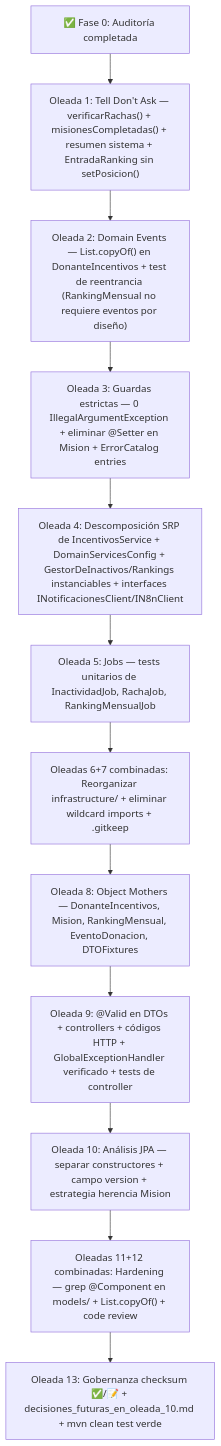
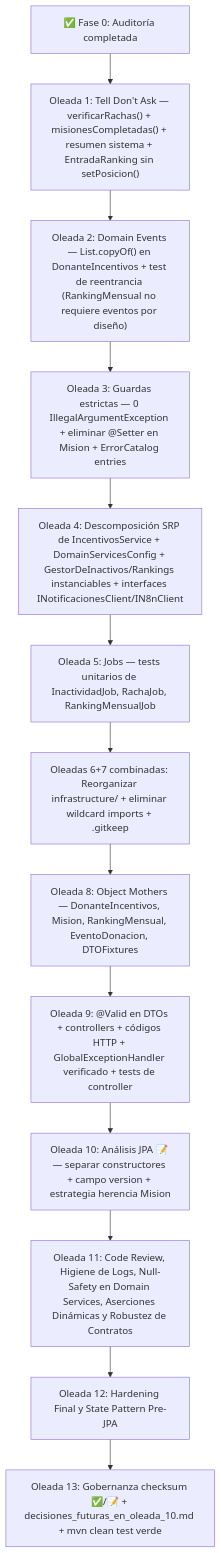
One commit to tsorren/DonaTrack-TP-DDS changed the diagram in docs/design/incentivos-service/plan-refactor-incentivos.md. Above: the diagram before and after it, drawn with Mermaid. The commit also changed other lines of this file and 6 other files, not shown here.

````diff
--- a/docs/design/incentivos-service/plan-refactor-incentivos.md
+++ b/docs/design/incentivos-service/plan-refactor-incentivos.md
@@ -206,27 +206,29 @@
 ```mermaid
 graph TD
     F0["✅ Fase 0: Auditoría completada"]
     O1["Oleada 1: Tell Don't Ask — verificarRachas() + misionesCompletadas() + resumen sistema + EntradaRanking sin setPosicion()"]
     O2["Oleada 2: Domain Events — List.copyOf() en DonanteIncentivos + test de reentrancia (RankingMensual no requiere eventos por diseño)"]
     O3["Oleada 3: Guardas estrictas — 0 IllegalArgumentException + eliminar @Setter en Mision + ErrorCatalog entries"]
     O4["Oleada 4: Descomposición SRP de IncentivosService + DomainServicesConfig + GestorDeInactivos/Rankings instanciables + interfaces INotificacionesClient/IN8nClient"]
     O5["Oleada 5: Jobs — tests unitarios de InactividadJob, RachaJob, RankingMensualJob"]
     O67["Oleadas 6+7 combinadas: Reorganizar infrastructure/ + eliminar wildcard imports + .gitkeep"]
     O8["Oleada 8: Object Mothers — DonanteIncentivos, Mision, RankingMensual, EventoDonacion, DTOFixtures"]
     O9["Oleada 9: @Valid en DTOs + controllers + códigos HTTP + GlobalExceptionHandler verificado + tests de controller"]
-    O10["Oleada 10: Análisis JPA — separar constructores + campo version + estrategia herencia Mision"]
-    O1112["Oleadas 11+12 combinadas: Hardening — grep @Component en models/ + List.copyOf() + code review"]
+    O10["Oleada 10: Análisis JPA 📝 — separar constructores + campo version + estrategia herencia Mision"]
+    O11["Oleada 11: Code Review, Higiene de Logs, Null-Safety en Domain Services, Aserciones Dinámicas y Robustez de Contratos"]
+    O12["Oleada 12: Hardening Final y State Pattern Pre-JPA"]
     O13["Oleada 13: Gobernanza checksum ✅/📝 + decisiones_futuras_en_oleada_10.md + mvn clean test verde"]
 
     F0 --> O1
     O1 --> O2
     O2 --> O3
     O3 --> O4
     O4 --> O5
     O5 --> O67
     O67 --> O8
     O8 --> O9
     O9 --> O10
-    O10 --> O1112
-    O1112 --> O13
+    O10 --> O11
+    O11 --> O12
+    O12 --> O13
 ```
````
